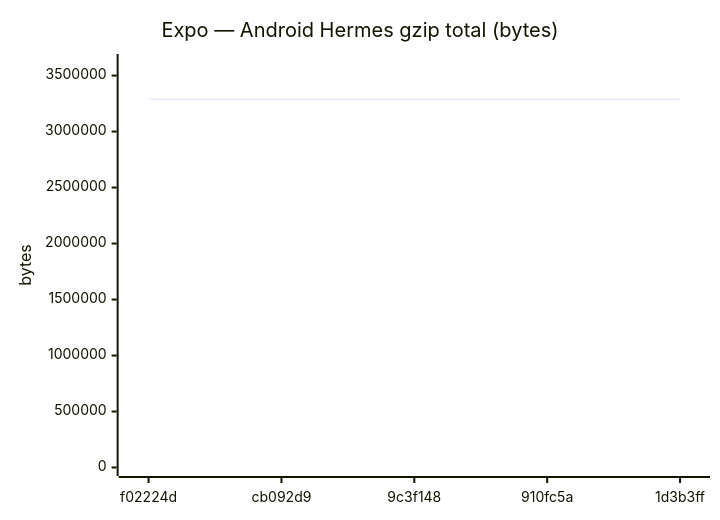
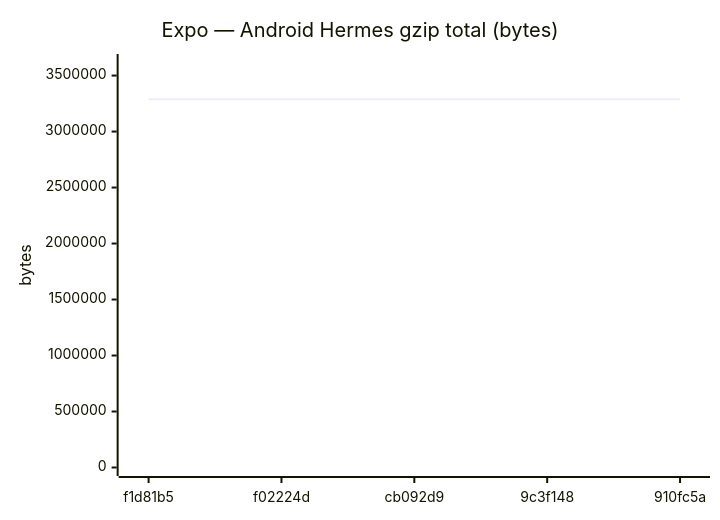
Diagram 11 of 18 in benchmarks/compare.md (Metaheurist/Rianell), drawn with Mermaid before and after one commit. The commit also changed other lines of this file and 11 other files, not shown here.

````diff
--- a/benchmarks/compare.md
+++ b/benchmarks/compare.md
@@ -172,7 +172,7 @@
 ```mermaid
 xychart-beta
     title "Expo — Android Hermes gzip total (bytes)"
-    x-axis ["f02224d", "cb092d9", "9c3f148", "910fc5a", "1d3b3ff"]
+    x-axis ["f1d81b5", "f02224d", "cb092d9", "9c3f148", "910fc5a"]
     y-axis "bytes" 0 --> 3616656
-    line [3287426, 3287424, 3287424, 3287869, 3287424]
+    line [3287424, 3287426, 3287424, 3287424, 3287869]
 ```
````
